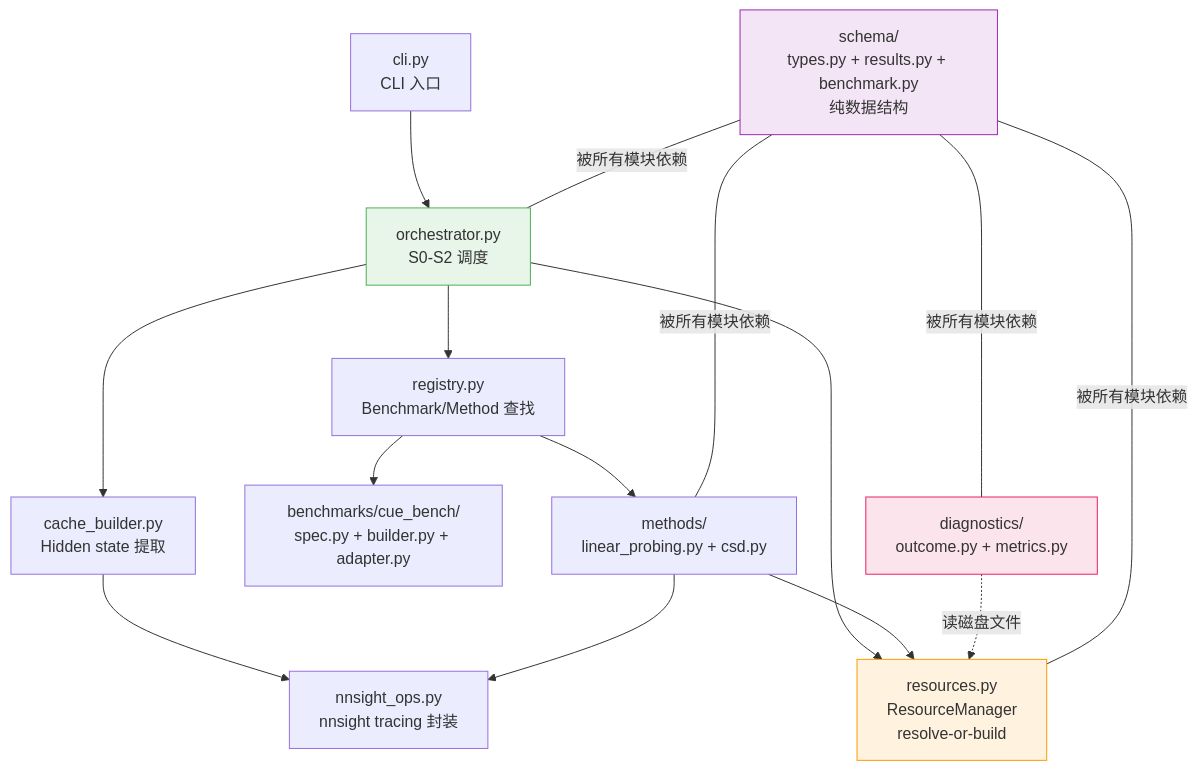
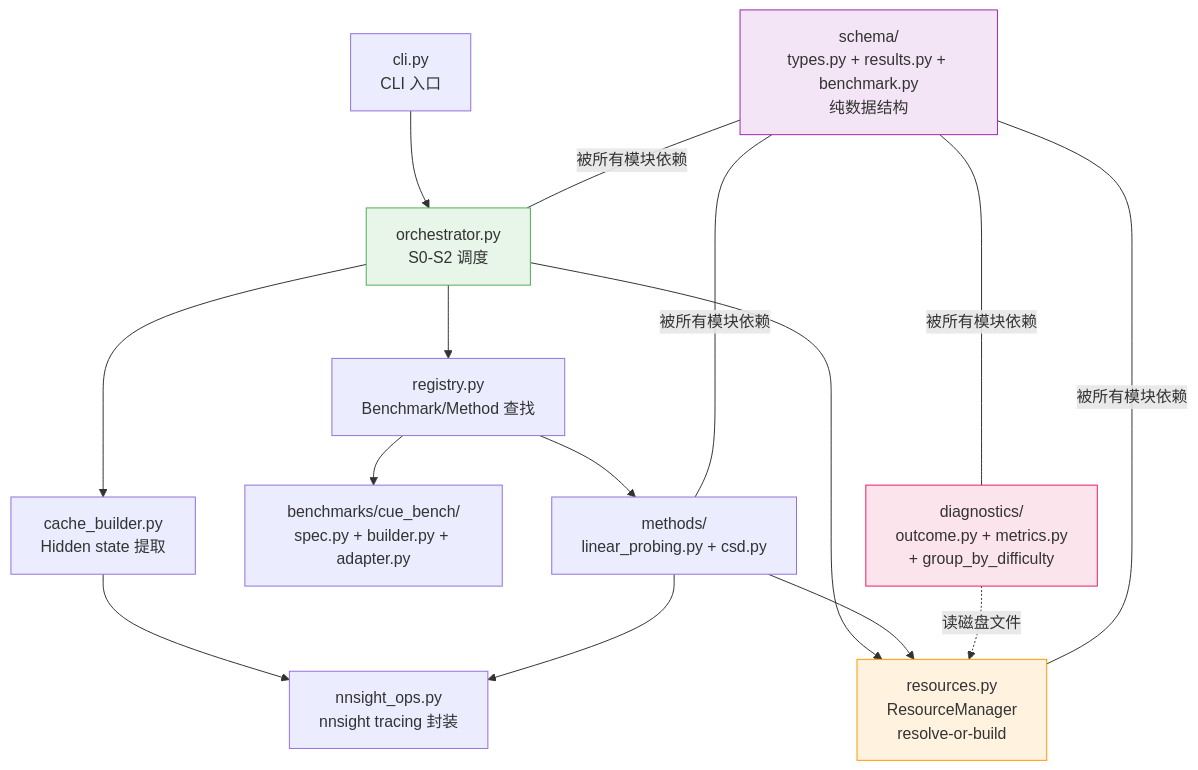
The fourth of 10 diagrams in docs/project_overview.md (euyis1019/llm-brewing), drawn with Mermaid before and after one commit. The commit also changed other lines of this file and 2 other files, not shown here.

````diff
--- a/docs/project_overview.md
+++ b/docs/project_overview.md
@@ -87,26 +87,26 @@
 ```mermaid
 graph TD
     CLI["cli.py<br/>CLI 入口"] --> Orch["orchestrator.py<br/>S0-S2 调度"]
     Orch --> Reg["registry.py<br/>Benchmark/Method 查找"]
     Orch --> RM["resources.py<br/>ResourceManager<br/>resolve-or-build"]
     Orch --> CB["cache_builder.py<br/>Hidden state 提取"]
 
     Reg --> BenchSpec["benchmarks/cue_bench/<br/>spec.py + builder.py + adapter.py"]
     Reg --> Methods["methods/<br/>linear_probing.py + csd.py"]
 
     CB --> NNOps["nnsight_ops.py<br/>nnsight tracing 封装"]
     Methods --> NNOps
     Methods --> RM
 
-    DiagMod["diagnostics/<br/>outcome.py + metrics.py"] -.->|"读磁盘文件"| RM
+    DiagMod["diagnostics/<br/>outcome.py + metrics.py<br/>+ group_by_difficulty"] -.->|"读磁盘文件"| RM
 
     Schema["schema/<br/>types.py + results.py + benchmark.py<br/>纯数据结构"] ---|"被所有模块依赖"| Orch
     Schema ---|"被所有模块依赖"| RM
     Schema ---|"被所有模块依赖"| Methods
     Schema ---|"被所有模块依赖"| DiagMod
 
     style Schema fill:#f3e5f5,stroke:#9c27b0
     style Orch fill:#e8f5e9,stroke:#4caf50
     style RM fill:#fff3e0,stroke:#ff9800
     style DiagMod fill:#fce4ec,stroke:#e91e63
 ```
````
